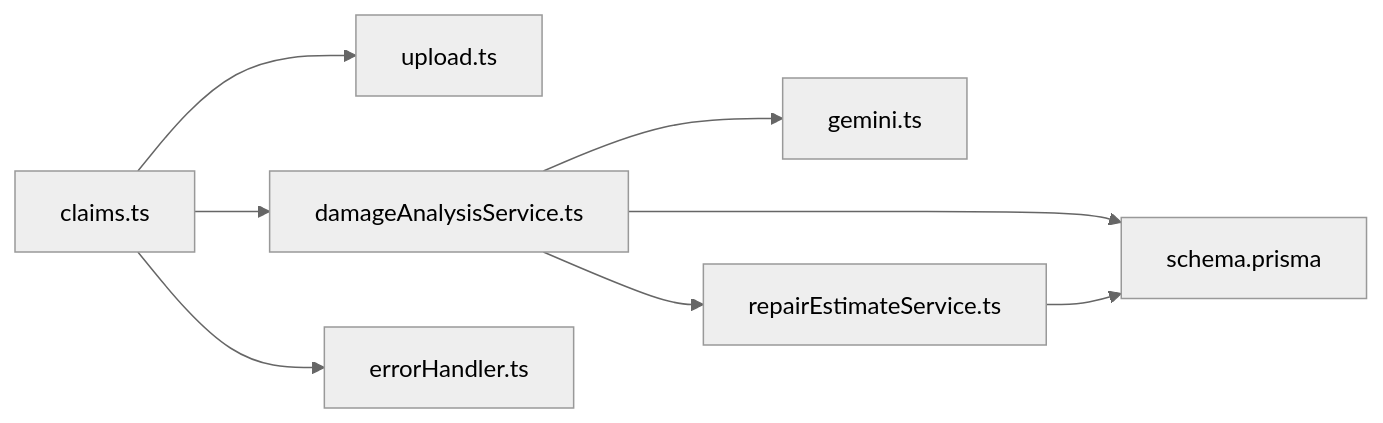
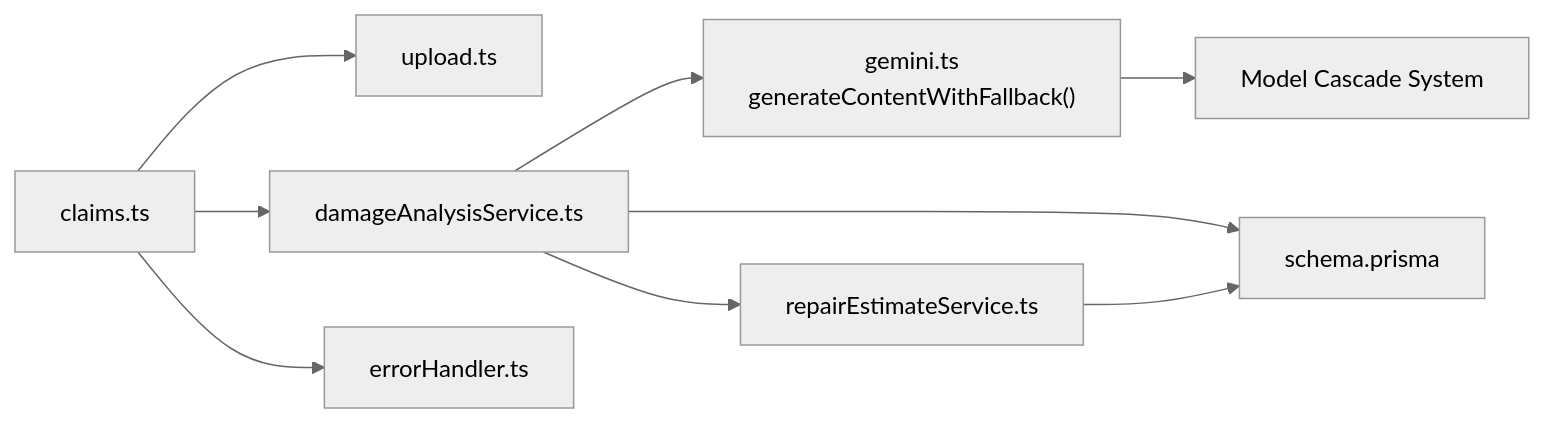
The third of 3 diagrams in .qoder/repowiki/en/content/AI Services Integration/Damage Analysis Service.md (NaveenHiranya/Smart-Vehicle-Insurance-Claim-System), drawn with Mermaid (neutral theme) before and after one commit. The commit also changed other lines of this file and 41 other files, not shown here.

````diff
--- a/.qoder/repowiki/en/content/AI Services Integration/Damage Analysis Service.md
+++ b/.qoder/repowiki/en/content/AI Services Integration/Damage Analysis Service.md
@@ -229,10 +272,11 @@
 ```mermaid
 graph LR
 Claims["claims.ts"] --> Upload["upload.ts"]
 Claims --> DamageSvc["damageAnalysisService.ts"]
-DamageSvc --> GeminiUtil["gemini.ts"]
+DamageSvc --> Fallback["gemini.ts<br/>generateContentWithFallback()"]
+Fallback --> ModelCascade["Model Cascade System"]
 DamageSvc --> PrismaDB["schema.prisma"]
 DamageSvc --> RepairSvc["repairEstimateService.ts"]
 RepairSvc --> PrismaDB
 Claims --> ErrorHandler["errorHandler.ts"]
 ```
````
